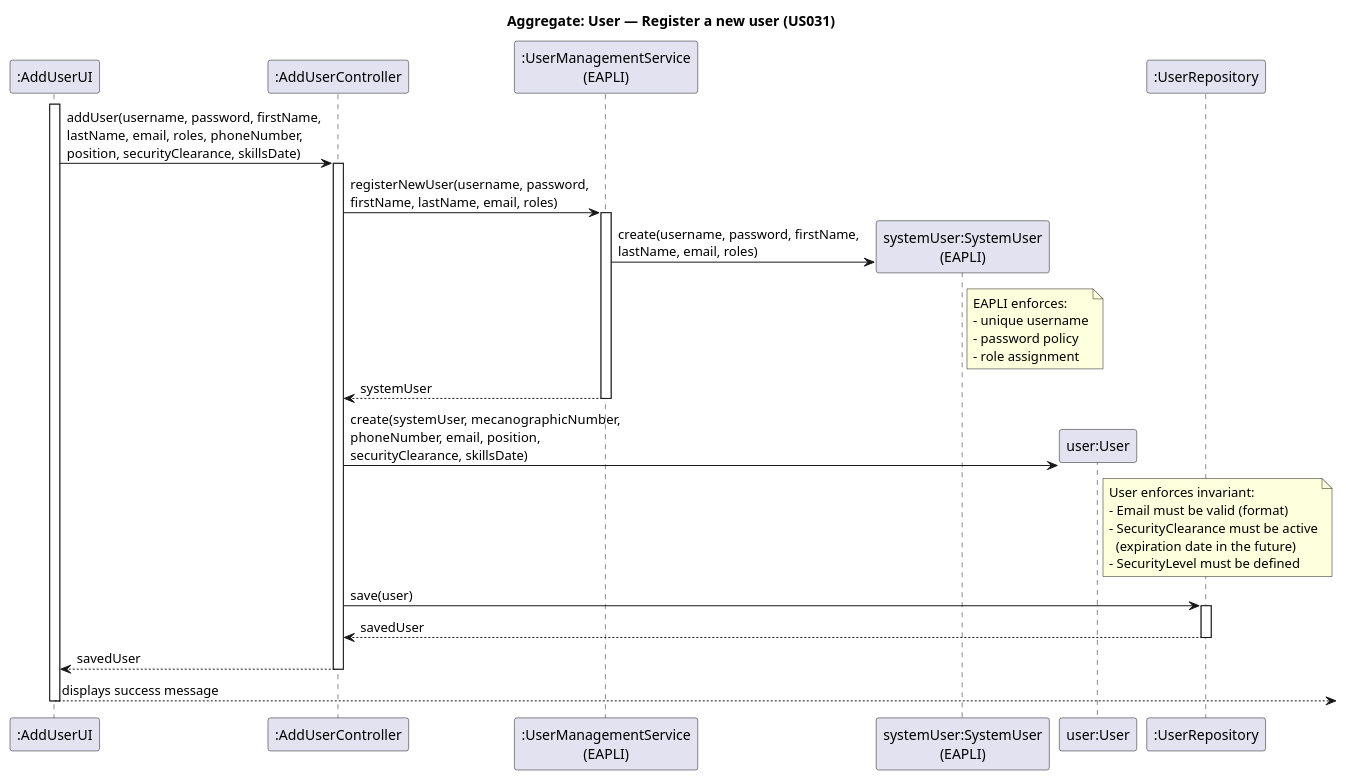
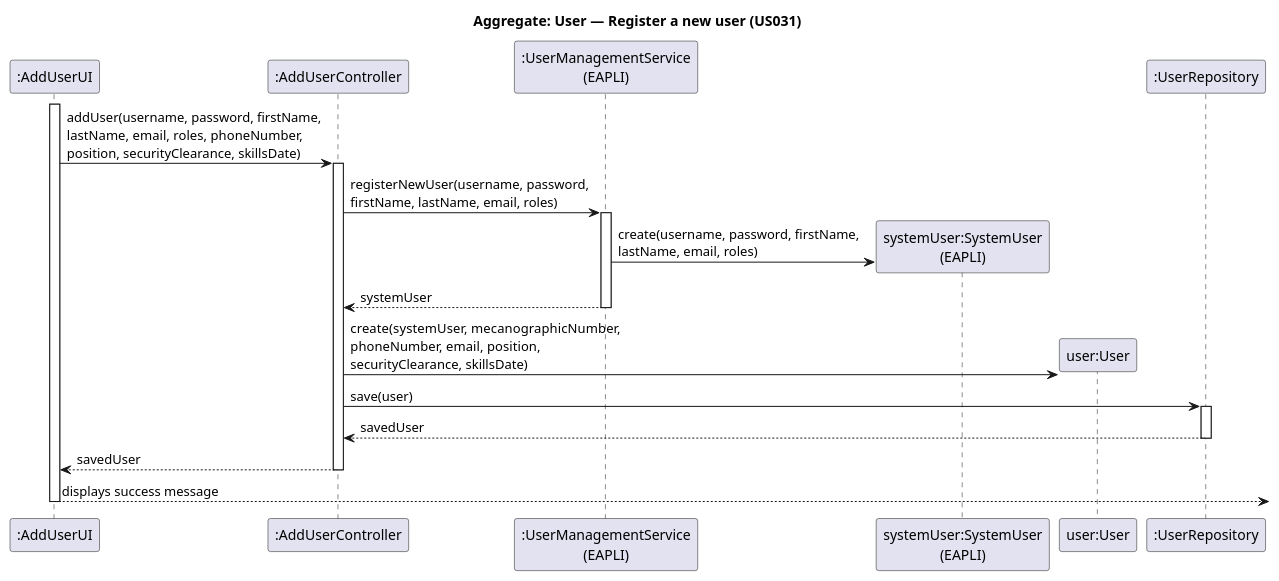
Before and after one commit to brunodspinto/aisafe: the diagram in aisafe.base/docs/user-stories/US011/aggregate-3_2/aggregate-3_2.puml, drawn with PlantUML. The commit also changed 13 other files, not shown here.

Commit message:
remove readability notes and add new diagrams for Maker, EngineModel, and AircraftModel registration flows, #8

```diff
--- a/aisafe.base/docs/user-stories/US011/aggregate-3_2/aggregate-3_2.puml
+++ b/aisafe.base/docs/user-stories/US011/aggregate-3_2/aggregate-3_2.puml
@@ -1,48 +1,37 @@
 @startuml aggregate-3_2
 skinparam shadowing false
 
 title Aggregate: User — Register a new user (US031)
 
 participant ":AddUserUI" as UI
 participant ":AddUserController" as CTRL
 participant ":UserManagementService\n(EAPLI)" as SVC
 participant "systemUser:SystemUser\n(EAPLI)" as SU
 participant "user:User" as USER
 participant ":UserRepository" as REPO
 
 activate UI
 UI -> CTRL : addUser(username, password, firstName,\nlastName, email, roles, phoneNumber,\nposition, securityClearance, skillsDate)
 activate CTRL
 
 CTRL -> SVC : registerNewUser(username, password,\nfirstName, lastName, email, roles)
 activate SVC
 SVC -> SU** : create(username, password, firstName,\nlastName, email, roles)
-note right of SU
-  EAPLI enforces:
-  - unique username
-  - password policy
-  - role assignment
-end note
+
 SVC --> CTRL : systemUser
 deactivate SVC
 
 CTRL -> USER** : create(systemUser, mecanographicNumber,\nphoneNumber, email, position,\nsecurityClearance, skillsDate)
-note right of USER
-  User enforces invariant:
-  - Email must be valid (format)
-  - SecurityClearance must be active
-    (expiration date in the future)
-  - SecurityLevel must be defined
-end note
+
 
 CTRL -> REPO : save(user)
 activate REPO
 REPO --> CTRL : savedUser
 deactivate REPO
 
 CTRL --> UI : savedUser
 deactivate CTRL
 UI --> : displays success message
 deactivate UI
 
 @enduml
```
